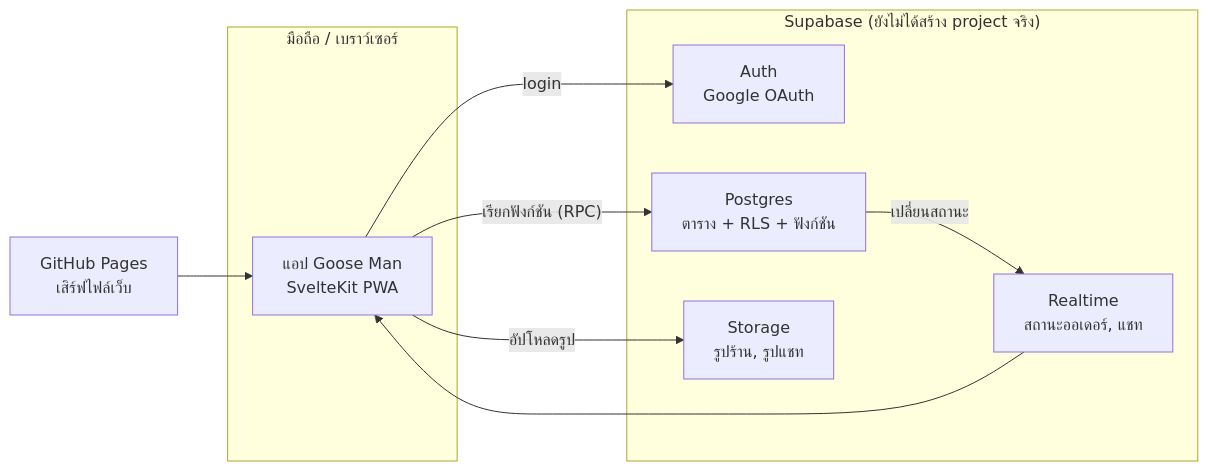
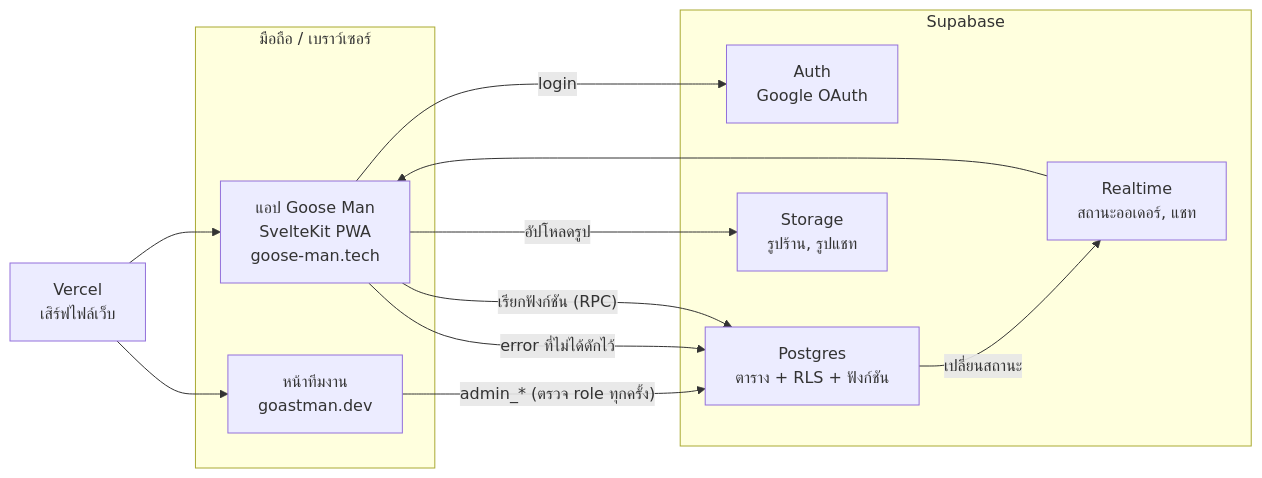
The first of 3 diagrams in PROJECT_GUIDE.md (Na1awut/goast_man), drawn with Mermaid before and after one commit. The commit also changed other lines of this file and 2 other files, not shown here.

First line of the commit message:
Docs: team console, error log, live domains and the updated plan

````diff
--- a/PROJECT_GUIDE.md
+++ b/PROJECT_GUIDE.md
@@ -76,18 +81,22 @@
 ```mermaid
 flowchart LR
     subgraph Phone["มือถือ / เบราว์เซอร์"]
-        App["แอป Goose Man<br/>SvelteKit PWA"]
+        App["แอป Goose Man<br/>SvelteKit PWA<br/>goose-man.tech"]
+        Console["หน้าทีมงาน<br/>goastman.dev"]
     end
-    subgraph Supabase["Supabase (ยังไม่ได้สร้าง project จริง)"]
+    subgraph Supabase["Supabase"]
         Auth["Auth<br/>Google OAuth"]
         DB["Postgres<br/>ตาราง + RLS + ฟังก์ชัน"]
         RT["Realtime<br/>สถานะออเดอร์, แชท"]
         ST["Storage<br/>รูปร้าน, รูปแชท"]
     end
-    Pages["GitHub Pages<br/>เสิร์ฟไฟล์เว็บ"]
+    Pages["Vercel<br/>เสิร์ฟไฟล์เว็บ"]
     Pages --> App
+    Pages --> Console
+    Console -- "admin_* (ตรวจ role ทุกครั้ง)" --> DB
+    App -- "error ที่ไม่ได้ดักไว้" --> DB
     App -- "login" --> Auth
     App -- "เรียกฟังก์ชัน (RPC)" --> DB
     DB -- "เปลี่ยนสถานะ" --> RT --> App
     App -- "อัปโหลดรูป" --> ST
 ```
````
